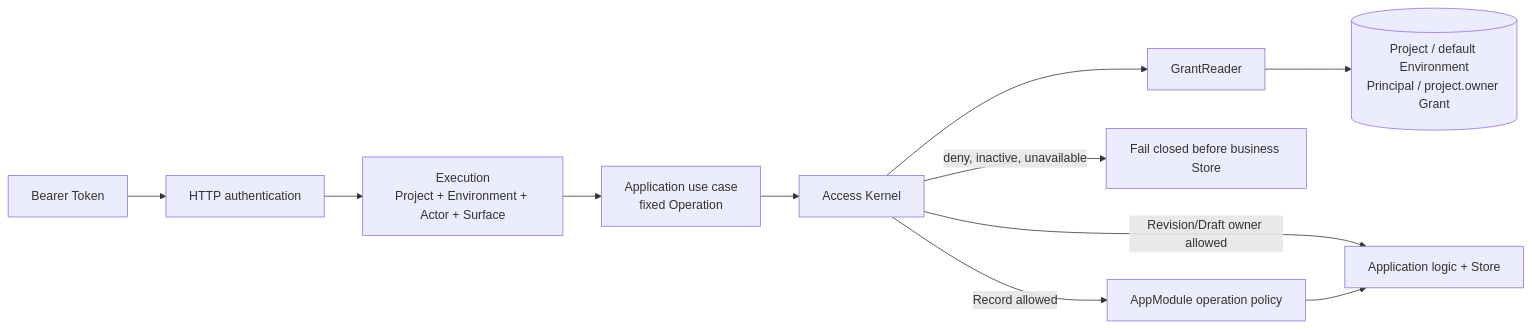
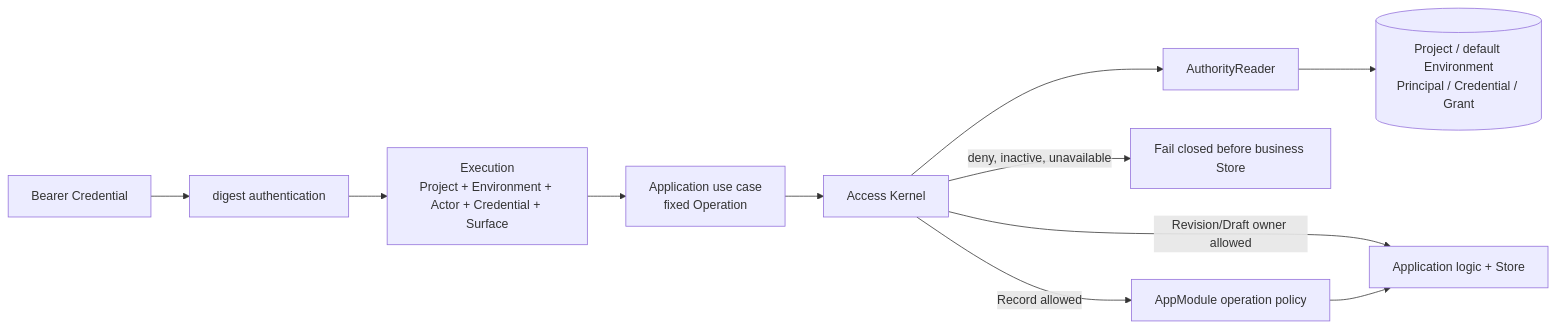
Before and after one commit to shezw/panvara: the third of 3 diagrams in docs/arch.md, drawn with Mermaid. The commit also changed other lines of this file and 74 other files, not shown here.

````diff
--- a/docs/arch.md
+++ b/docs/arch.md
@@ -142,13 +142,13 @@
 ```mermaid
 flowchart LR
-    Token["Bearer Token"] --> Identity["HTTP authentication"]
-    Identity --> Execution["Execution<br/>Project + Environment + Actor + Surface"]
+    Token["Bearer Credential"] --> Identity["digest authentication"]
+    Identity --> Execution["Execution<br/>Project + Environment + Actor + Credential + Surface"]
     Execution --> UseCase["Application use case<br/>fixed Operation"]
     UseCase --> Kernel["Access Kernel"]
-    Kernel --> Reader["GrantReader"]
-    Reader --> Facts[("Project / default Environment<br/>Principal / project.owner Grant")]
+    Kernel --> Reader["AuthorityReader"]
+    Reader --> Facts[("Project / default Environment<br/>Principal / Credential / Grant")]
     Kernel -->|"deny, inactive, unavailable"| Rejected["Fail closed before business Store"]
     Kernel -->|"Record allowed"| ModulePolicy["AppModule operation policy"]
     Kernel -->|"Revision/Draft owner allowed"| Store["Application logic + Store"]
     ModulePolicy --> Store
 ```
````
